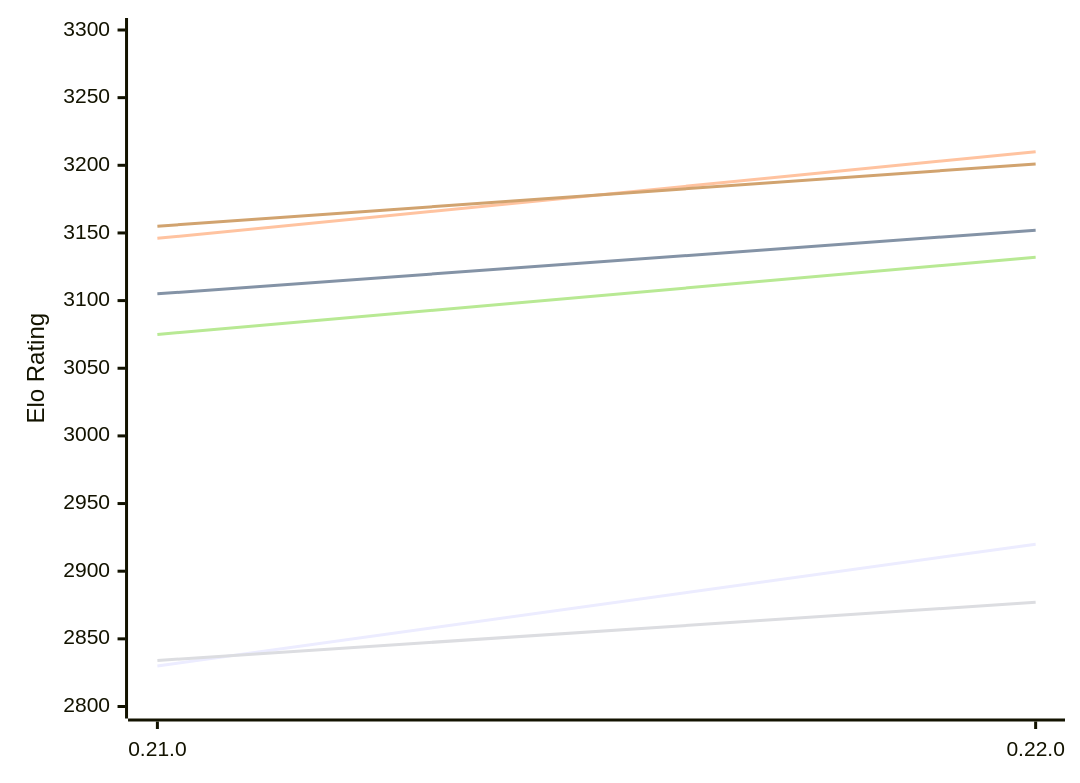
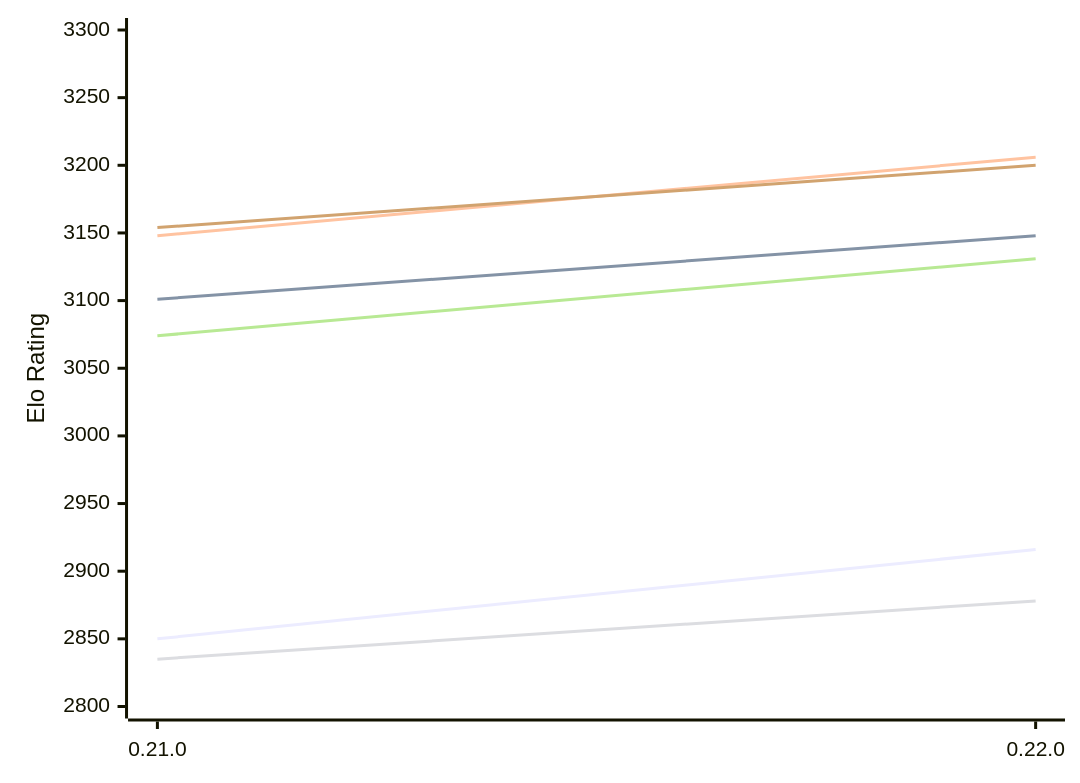
The first of 2 diagrams in engines/Princhess.md (computer-chess-index/cci), drawn with Mermaid before and after one commit. The commit also changed other lines of this file, not shown here.

Commit message:
Update CCI Ratings (ELO VLTC) - 2026-11-26

````diff
--- a/engines/Princhess.md
+++ b/engines/Princhess.md
@@ -50,12 +50,12 @@
 ```mermaid
 %%{init: {"theme":"base","themeVariables":{"seriesColors:['#a3a3a3','#222221','#faa371']}}}%%
 xychart-beta
   x-axis ["0.21.0", "0.22.0"]
   y-axis "Elo Rating" 2800 --> 3300
-  line "E1: STC (8.0+0.08s)" [2830, 2920]
-  line "E1: LTC (60.0+0.60s)" [3105, 3152]
-  line "E1: VLTC (2m24s+1.12s)" [3146, 3210]
-  line "P1: STC (8.0+0.08s)" [2834, 2877]
-  line "P1: LTC (60.0+0.60s)" [3075, 3132]
-  line "P1: VLTC (2m24s+1.12s)" [3155, 3201]
+  line "E1: STC (8.0+0.08s)" [2850, 2916]
+  line "E1: LTC (60.0+0.60s)" [3101, 3148]
+  line "E1: VLTC (2m24s+1.12s)" [3148, 3206]
+  line "P1: STC (8.0+0.08s)" [2835, 2878]
+  line "P1: LTC (60.0+0.60s)" [3074, 3131]
+  line "P1: VLTC (2m24s+1.12s)" [3154, 3200]
 ```
````
